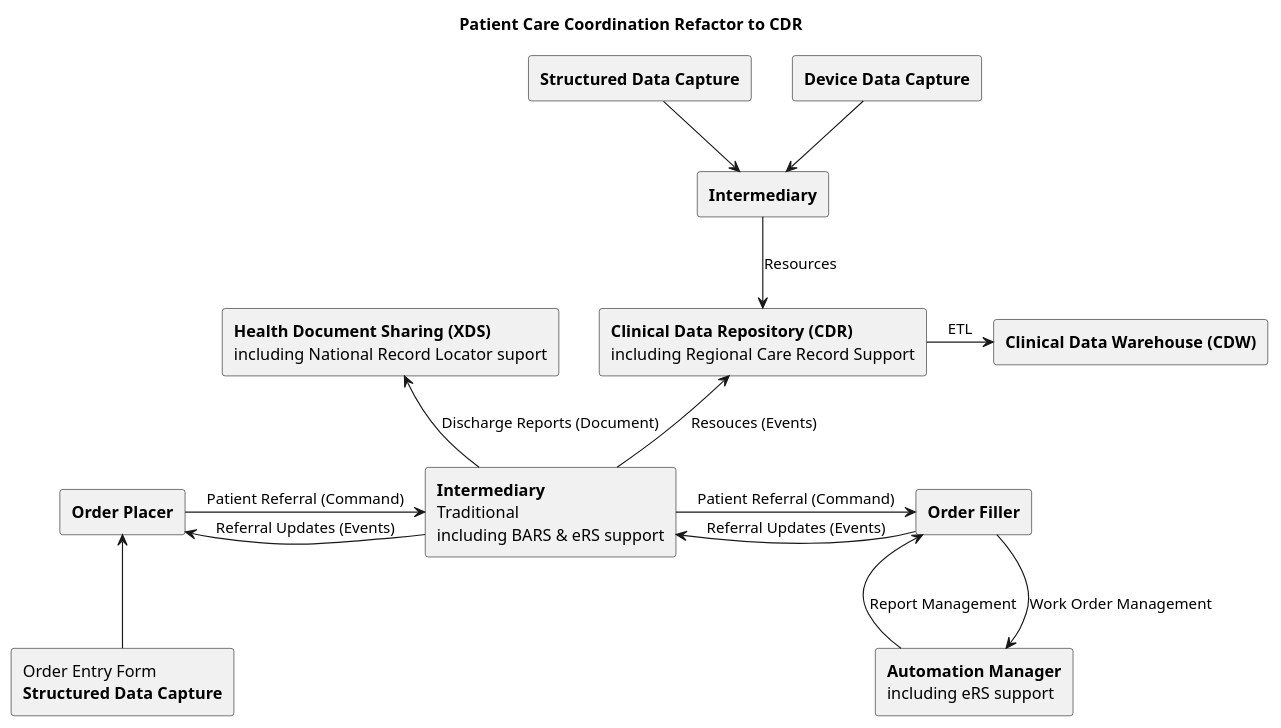
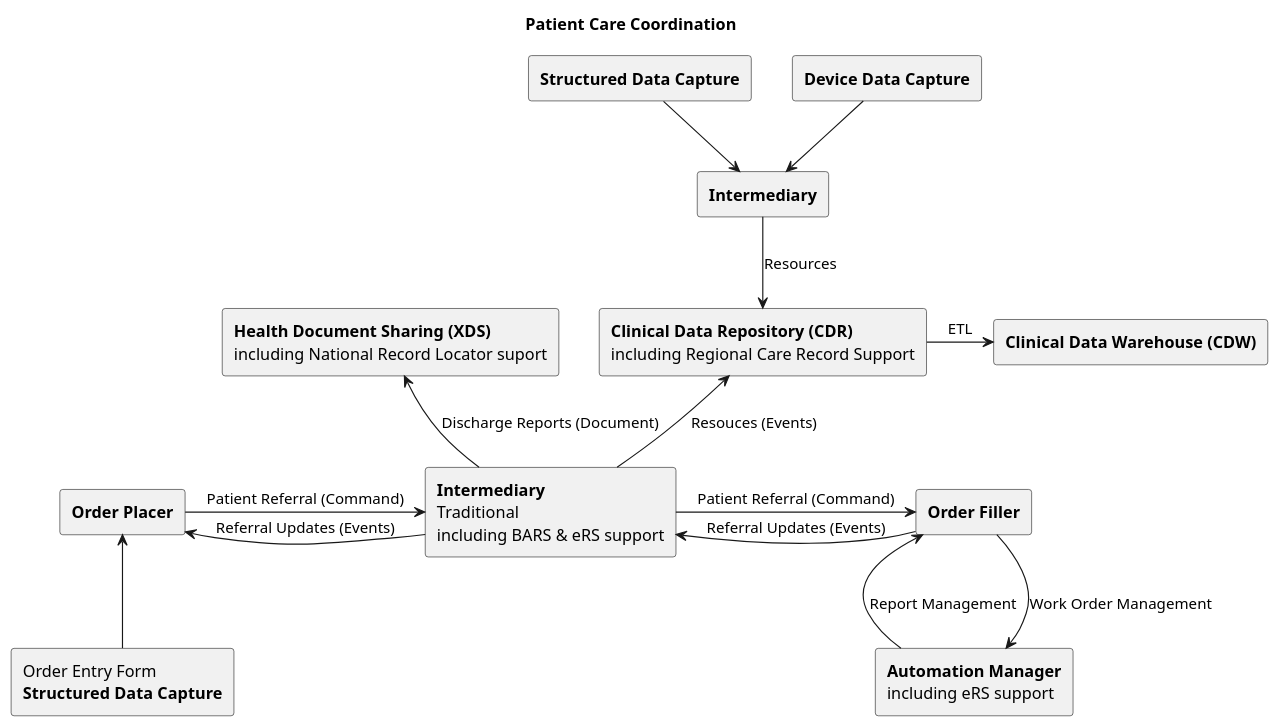
One commit to Virtually-Healthcare/virtually-healthcare.github.com changed the diagram in input/images-source/PCC.plantuml. Above: the diagram before and after it, drawn with PlantUML.

Commit message:
Overview of PCC + Health Data

```diff
--- a/input/images-source/PCC.plantuml
+++ b/input/images-source/PCC.plantuml
@@ -1,37 +1,39 @@
 @startuml
 
-title "Patient Care Coordination Refactor to CDR"
+skinparam svgDimensionStyle false
+
+title "Patient Care Coordination"
 
 agent "**Order Placer**" as Placer
 agent "**Order Filler**" as Filler
 agent "**Automation Manager**\nincluding eRS support" as Manager
 agent "**Clinical Data Repository (CDR)**\nincluding Regional Care Record Support" as CDR
 agent "**Clinical Data Warehouse (CDW)**" as CDW
 agent "**Health Document Sharing (XDS)**\nincluding National Record Locator suport" as XDS
 agent "**Intermediary**\nTraditional\nincluding BARS & eRS support" as Intermediary1
 agent "**Intermediary**" as Intermediary2
 
 agent "**Structured Data Capture**" as SDC
 agent "Order Entry Form\n**Structured Data Capture**" as Entry
 agent "**Device Data Capture**" as DDC
 
 Entry -u-> Placer
 Placer -r-> Intermediary1: Patient Referral (Command)
 Intermediary1 -r-> Filler: Patient Referral (Command)
 Filler -l-> Intermediary1: Referral Updates (Events)
 Intermediary1 -l-> Placer: Referral Updates (Events)
 
 Intermediary1 -u-> CDR: Resouces (Events)
 Intermediary1 -u-> XDS: Discharge Reports (Document)
 CDR -r-> CDW: ETL
 
 Filler -d-> Manager: Work Order Management
 Manager -u-> Filler: Report Management
 
 SDC -d-> Intermediary2
 DDC -d-> Intermediary2
 
 Intermediary2 -d-> CDR : Resources
 
 
 @enduml
```
